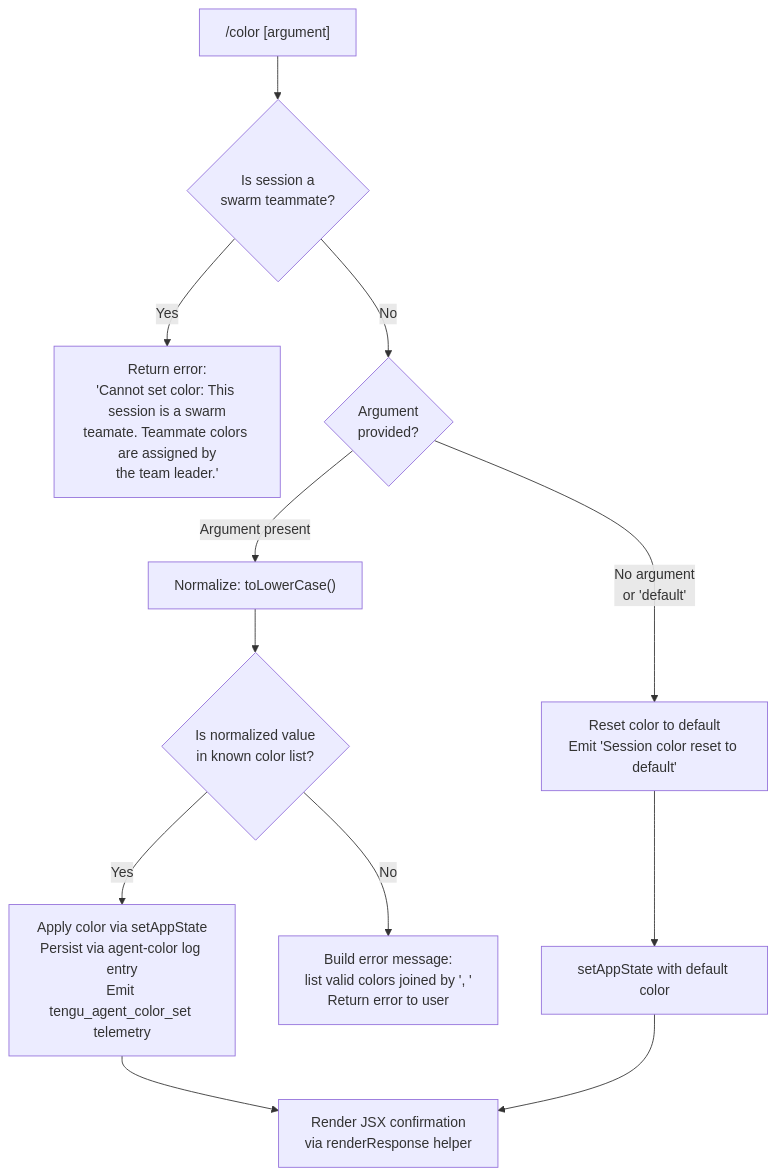
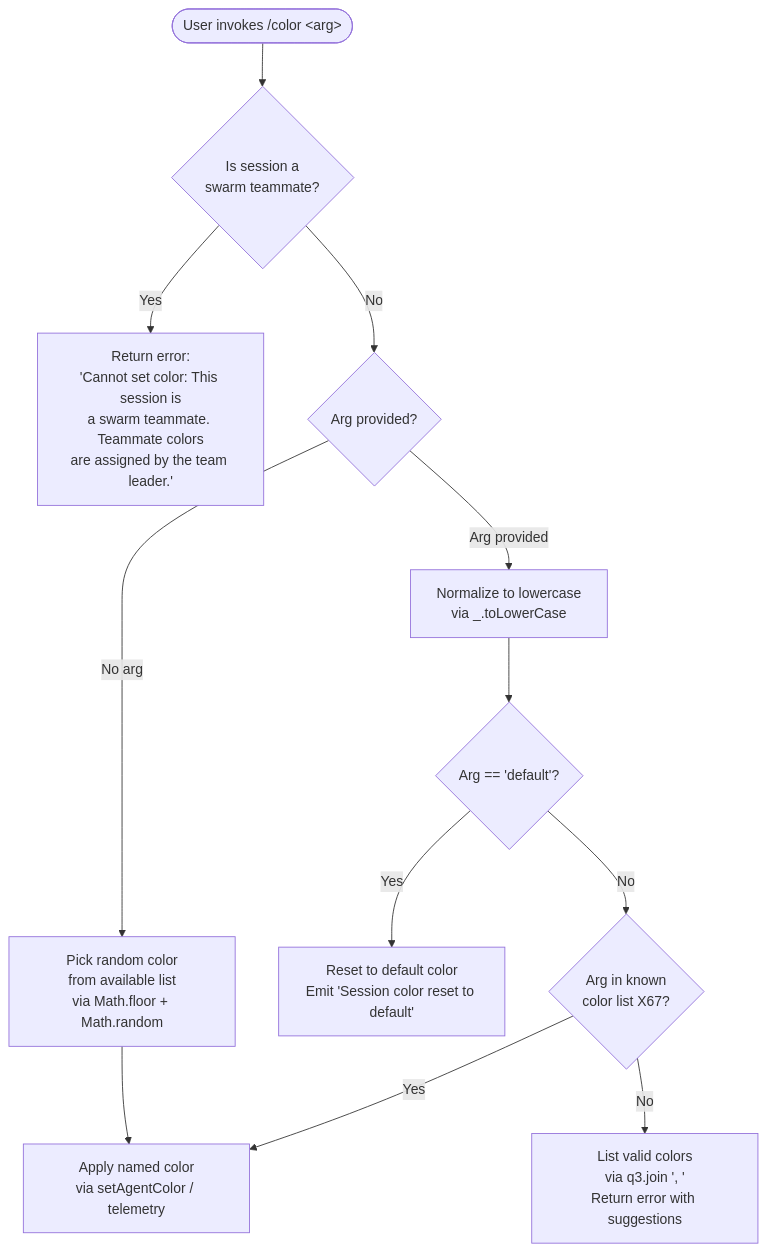
Before and after one commit to MyLittleLuckyDog/cc-gnothi: the diagram in versions/v2.1.143/color.md, drawn with Mermaid. The commit also changed other lines of this file and 483 other files, not shown here.

````diff
--- a/versions/v2.1.143/color.md
+++ b/versions/v2.1.143/color.md
@@ -45,14 +61,14 @@
 ```mermaid
 flowchart TD
-    A["/color [argument]"] --> B{Is session a\nswarm teammate?}
-    B -- Yes --> C["Return error:\n'Cannot set color: This session is a swarm\nteamate. Teammate colors are assigned by\nthe team leader.'"]
-    B -- No --> D{Argument\nprovided?}
-    D -- No argument\nor 'default' --> E["Reset color to default\nEmit 'Session color reset to default'"]
-    D -- Argument present --> F["Normalize: toLowerCase()"]
-    F --> G{Is normalized value\nin known color list?}
-    G -- Yes --> H["Apply color via setAppState\nPersist via agent-color log entry\nEmit tengu_agent_color_set telemetry"]
-    G -- No --> I["Build error message:\nlist valid colors joined by ', '\nReturn error to user"]
-    E --> J["setAppState with default color"]
-    H --> K["Render JSX confirmation\nvia renderResponse helper"]
-    J --> K
+    A([User invokes /color &lt;arg&gt;]) --> B{Is session a\nswarm teammate?}
+    B -- Yes --> C[Return error:\n'Cannot set color: This session is\na swarm teammate. Teammate colors\nare assigned by the team leader.']
+    B -- No --> D{Arg provided?}
+    D -- No arg --> E[Pick random color\nfrom available list\nvia Math.floor + Math.random]
+    D -- Arg provided --> F[Normalize to lowercase\nvia _.toLowerCase]
+    F --> G{Arg == 'default'?}
+    G -- Yes --> H[Reset to default color\nEmit 'Session color reset to default']
+    G -- No --> I{Arg in known\ncolor list X67?}
+    I -- Yes --> J[Apply named color\nvia setAgentColor / telemetry]
+    I -- No --> K[List valid colors\nvia q3.join ', '\nReturn error with suggestions]
+    E --> J
 ```
````
